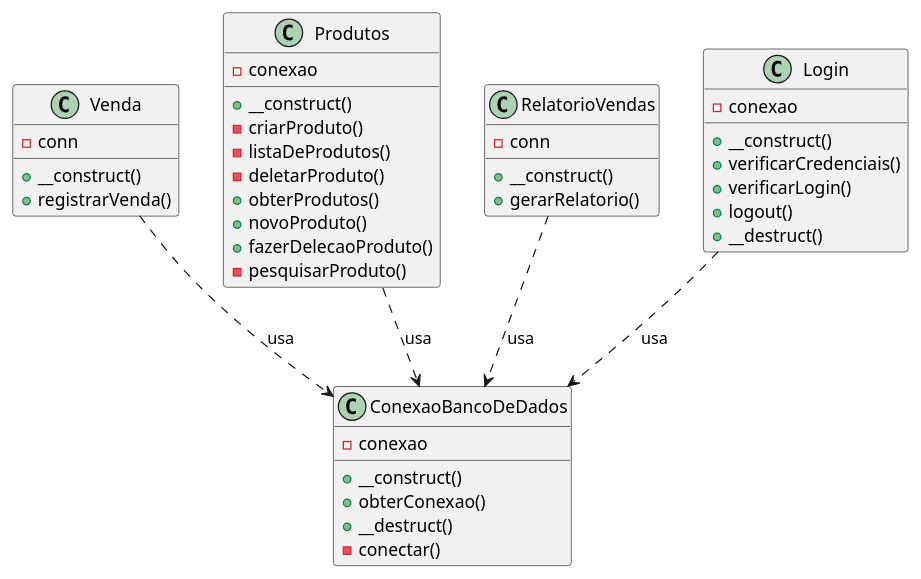
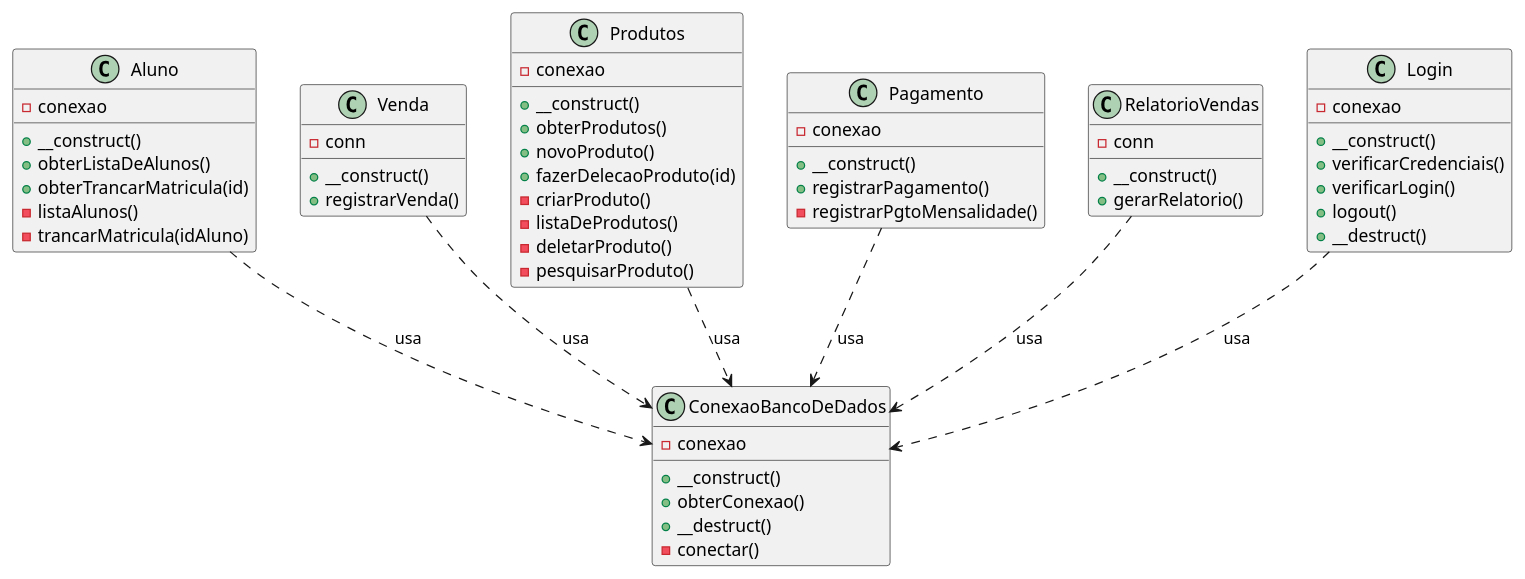
Before and after one commit to PI-2-semestre-DSM/app-acad: the diagram in Diagramas/Classe/Classe.puml, drawn with PlantUML.

```diff
--- a/Diagramas/Classe/Classe.puml
+++ b/Diagramas/Classe/Classe.puml
@@ -1,49 +1,65 @@
 @startuml
-
 class ConexaoBancoDeDados {
     - conexao
     + __construct()
     + obterConexao()
     + __destruct()
     - conectar()
+}
+
+class Aluno {
+    - conexao
+    + __construct()
+    + obterListaDeAlunos()
+    + obterTrancarMatricula(id)
+    - listaAlunos()
+    - trancarMatricula(idAluno)
 }
 
 class Venda {
     - conn
     + __construct()
     + registrarVenda()
 }
 
 class Produtos {
     - conexao
     + __construct()
+    + obterProdutos()
+    + novoProduto()
+    + fazerDelecaoProduto(id)
     - criarProduto()
     - listaDeProdutos()
     - deletarProduto()
-    + obterProdutos()
-    + novoProduto()
-    + fazerDelecaoProduto()
     - pesquisarProduto()
+}
+
+class Pagamento {
+    - conexao
+    + __construct()
+    + registrarPagamento()
+    - registrarPgtoMensalidade()
 }
 
 class RelatorioVendas {
     - conn
     + __construct()
     + gerarRelatorio()
 }
 
 class Login {
     - conexao
     + __construct()
     + verificarCredenciais()
     + verificarLogin()
     + logout()
     + __destruct()
 }
 
+Aluno ..> ConexaoBancoDeDados : usa
 Venda ..> ConexaoBancoDeDados : usa
 Produtos ..> ConexaoBancoDeDados : usa
+Pagamento ..> ConexaoBancoDeDados : usa
 RelatorioVendas ..> ConexaoBancoDeDados : usa
 Login ..> ConexaoBancoDeDados : usa
-
 @enduml
```
